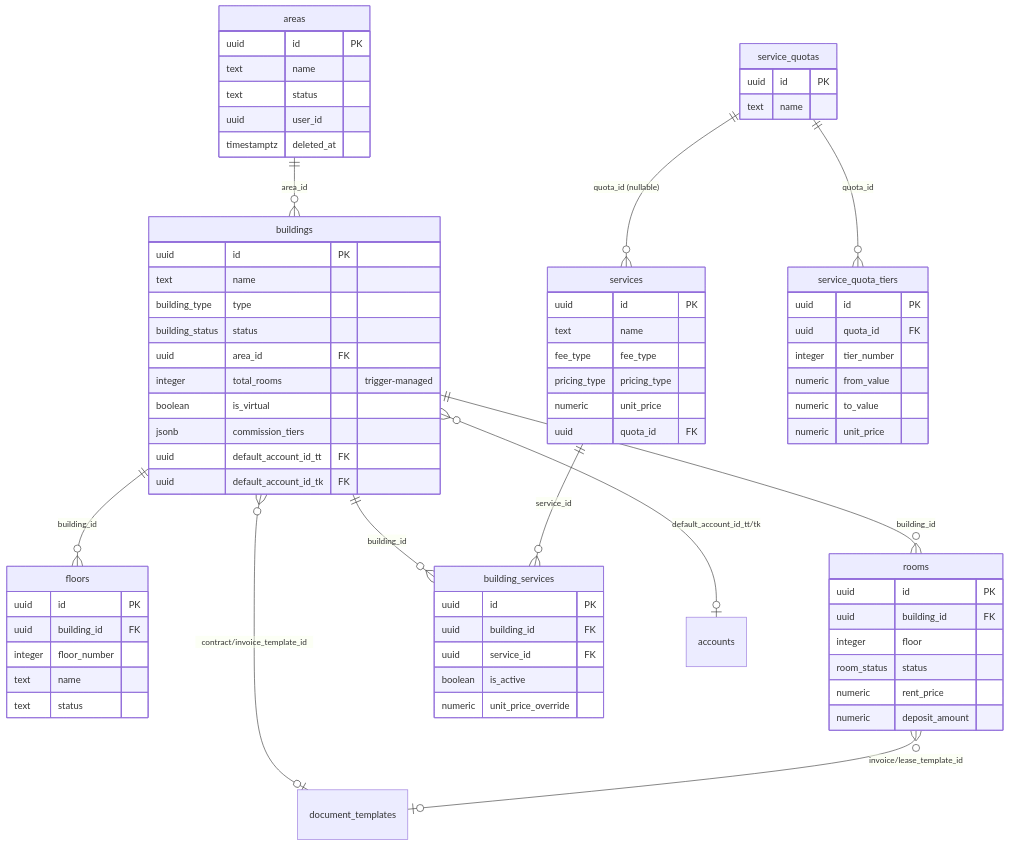
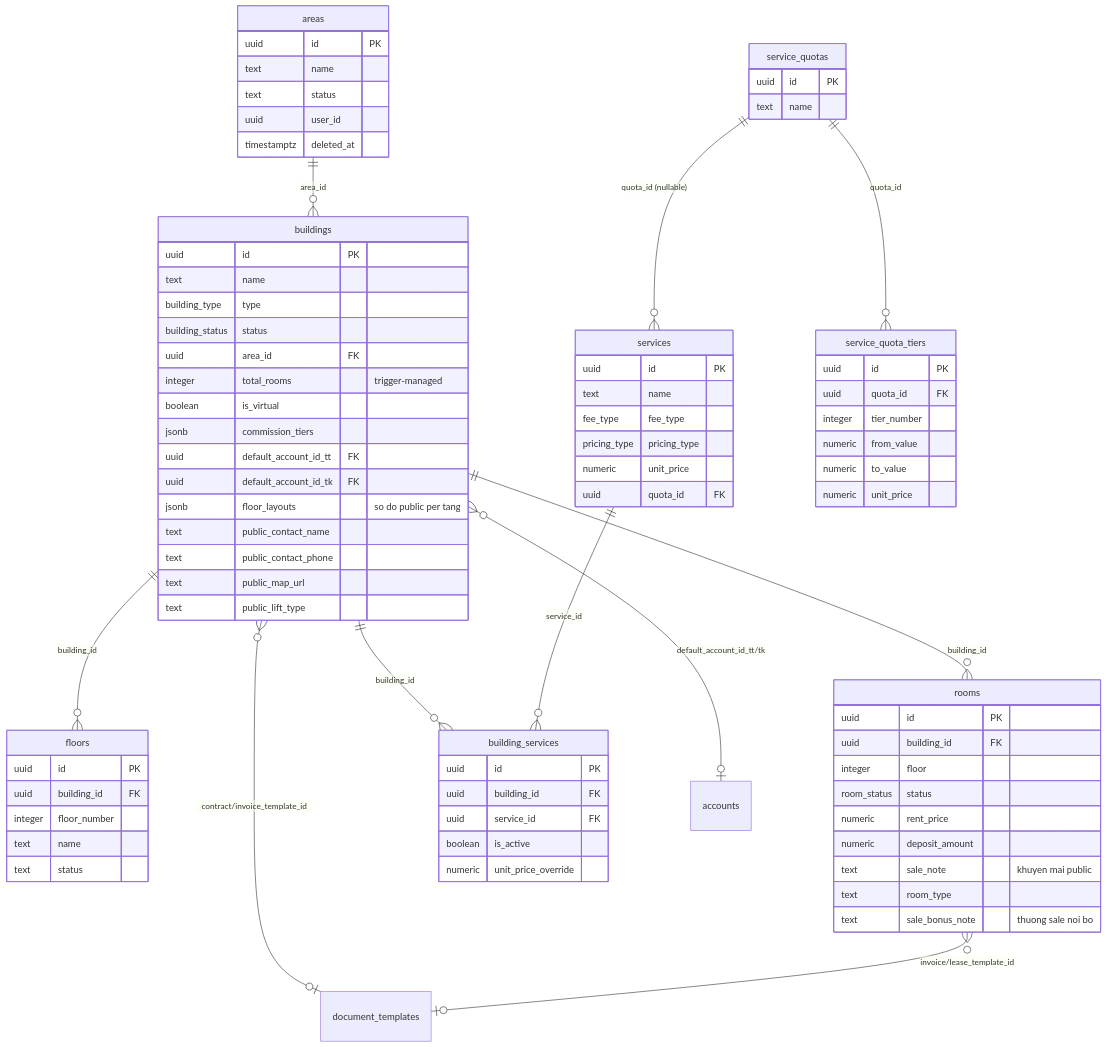
Before and after one commit to zxGreenxz/whiteboard-ihomecrm: the first of 2 diagrams in docs/he-thong/02-co-cau-toa-nha-phong-dich-vu.md, drawn with Mermaid. The commit also changed other lines of this file and 17 other files, not shown here.

```diff
--- a/docs/he-thong/02-co-cau-toa-nha-phong-dich-vu.md
+++ b/docs/he-thong/02-co-cau-toa-nha-phong-dich-vu.md
@@ -153,6 +161,11 @@
     jsonb commission_tiers
     uuid default_account_id_tt FK
     uuid default_account_id_tk FK
+    jsonb floor_layouts "so do public per tang"
+    text public_contact_name
+    text public_contact_phone
+    text public_map_url
+    text public_lift_type
   }
   floors {
     uuid id PK
@@ -168,6 +181,9 @@
     room_status status
     numeric rent_price
     numeric deposit_amount
+    text sale_note "khuyen mai public"
+    text room_type
+    text sale_bonus_note "thuong sale noi bo"
   }
   services {
     uuid id PK
```
